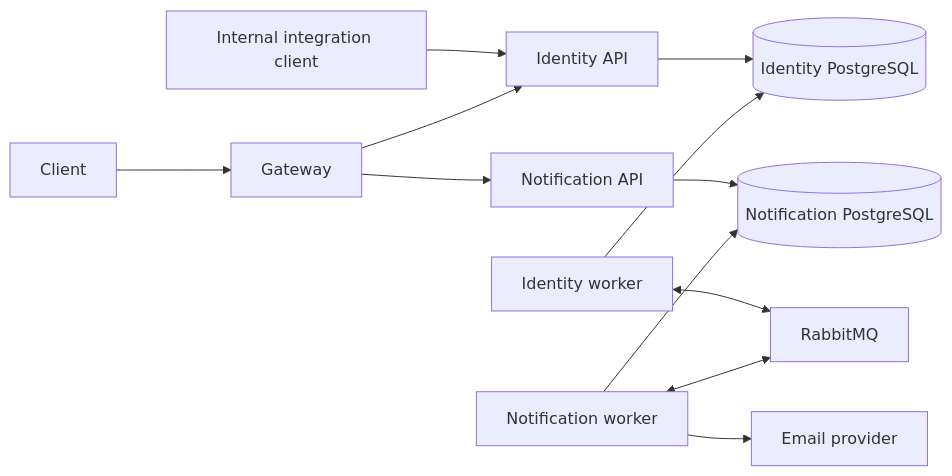
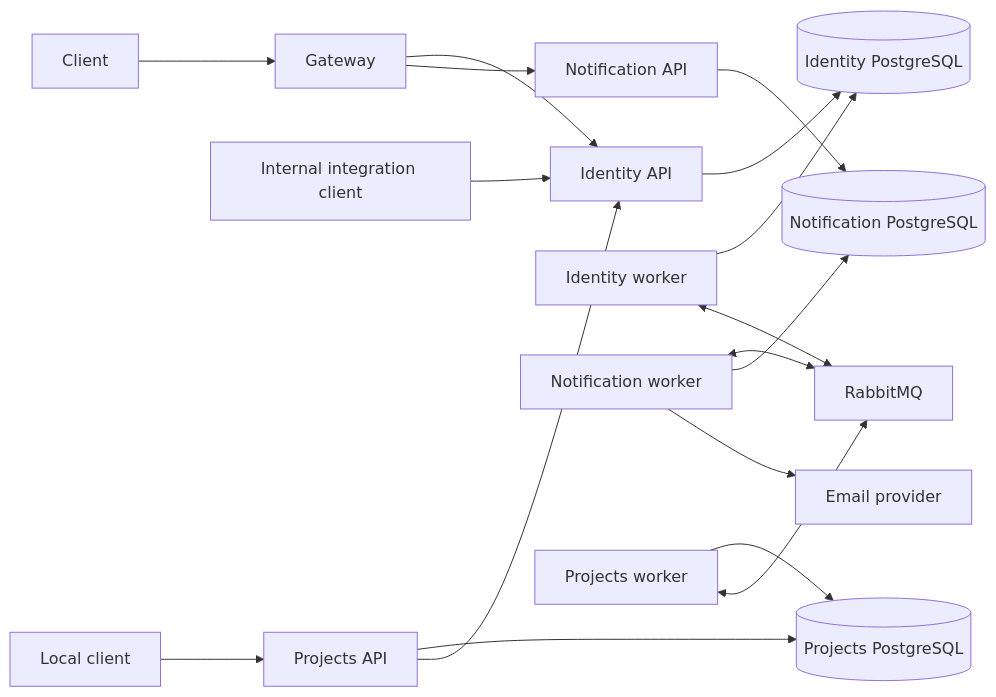
One commit to SonHuy160293/DeliveryPilot changed the diagram in ARCHITECTURE.md. Above: the diagram before and after it, drawn with Mermaid. The commit also changed other lines of this file and 301 other files, not shown here.

````diff
--- a/ARCHITECTURE.md
+++ b/ARCHITECTURE.md
@@ -11,14 +11,19 @@
 ```mermaid
 flowchart LR
     Client --> Gateway
     InternalClient[Internal integration client] --> IdentityAPI[Identity API]
     Gateway --> IdentityAPI
     Gateway --> NotificationAPI[Notification API]
     IdentityAPI --> IdentityDB[(Identity PostgreSQL)]
     IdentityWorker[Identity worker] --> IdentityDB
     IdentityWorker <--> Broker[RabbitMQ]
     NotificationWorker[Notification worker] <--> Broker
     NotificationAPI --> NotificationDB[(Notification PostgreSQL)]
     NotificationWorker --> NotificationDB
     NotificationWorker --> Provider[Email provider]
+    LocalClient[Local client] --> ProjectsAPI[Projects API]
+    ProjectsAPI --> ProjectsDB[(Projects PostgreSQL)]
+    ProjectsAPI --> IdentityAPI
+    ProjectsWorker[Projects worker] --> ProjectsDB
+    ProjectsWorker <--> Broker
 ```
````
